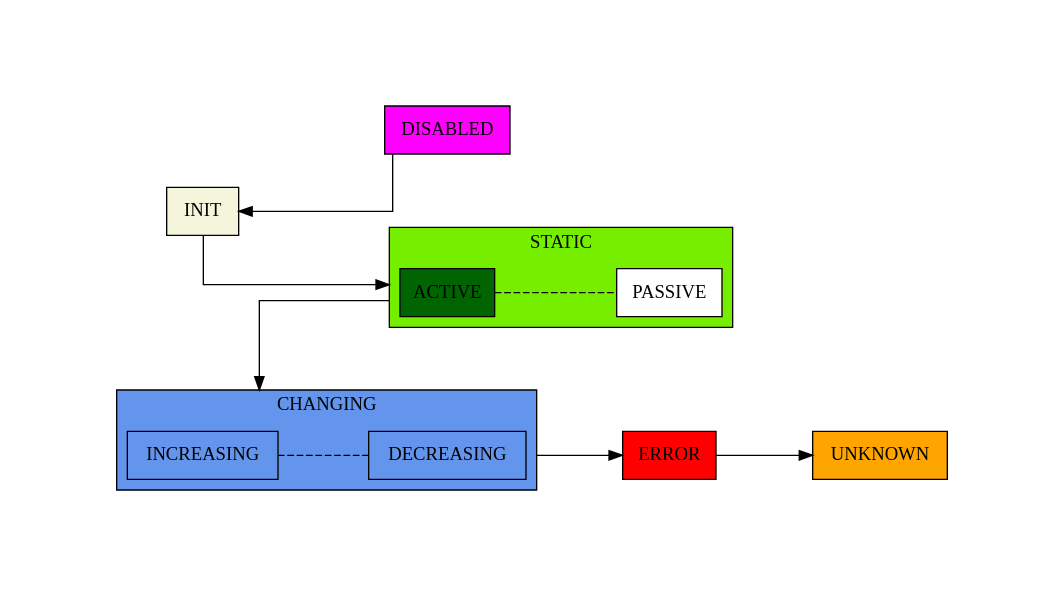
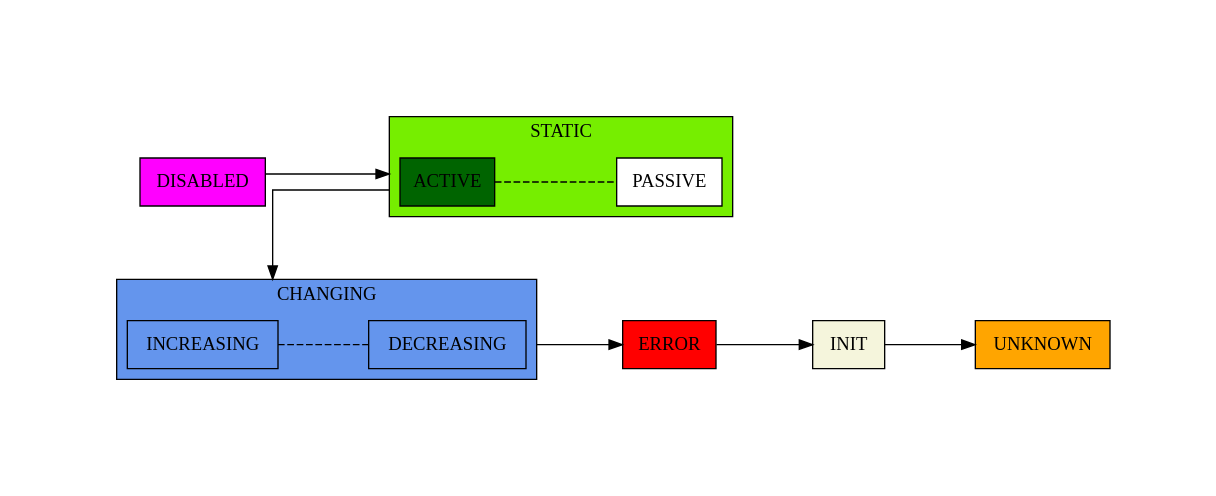
One commit to European-XFEL/Karabo changed the third of 7 diagrams in doc/concepts/states.rst. Above: the diagram before and after it, drawn with Graphviz. The commit also changed other lines of this file, not shown here.

```diff
--- a/doc/concepts/states.rst
+++ b/doc/concepts/states.rst
@@ -380,10 +380,10 @@
             label = "UNKNOWN"
         ]
 
-        init -> disabled[dir=back]
-        init -> active [lhead=cluster0]
+        disabled -> active [lhead=cluster0]
         increasing -> active [ltail=cluster1, lhead=cluster0, dir=back]
         decreasing -> error [ltail=cluster1]
-        error -> unknown
+        error -> init
+        init -> unknown
 
     }
```
